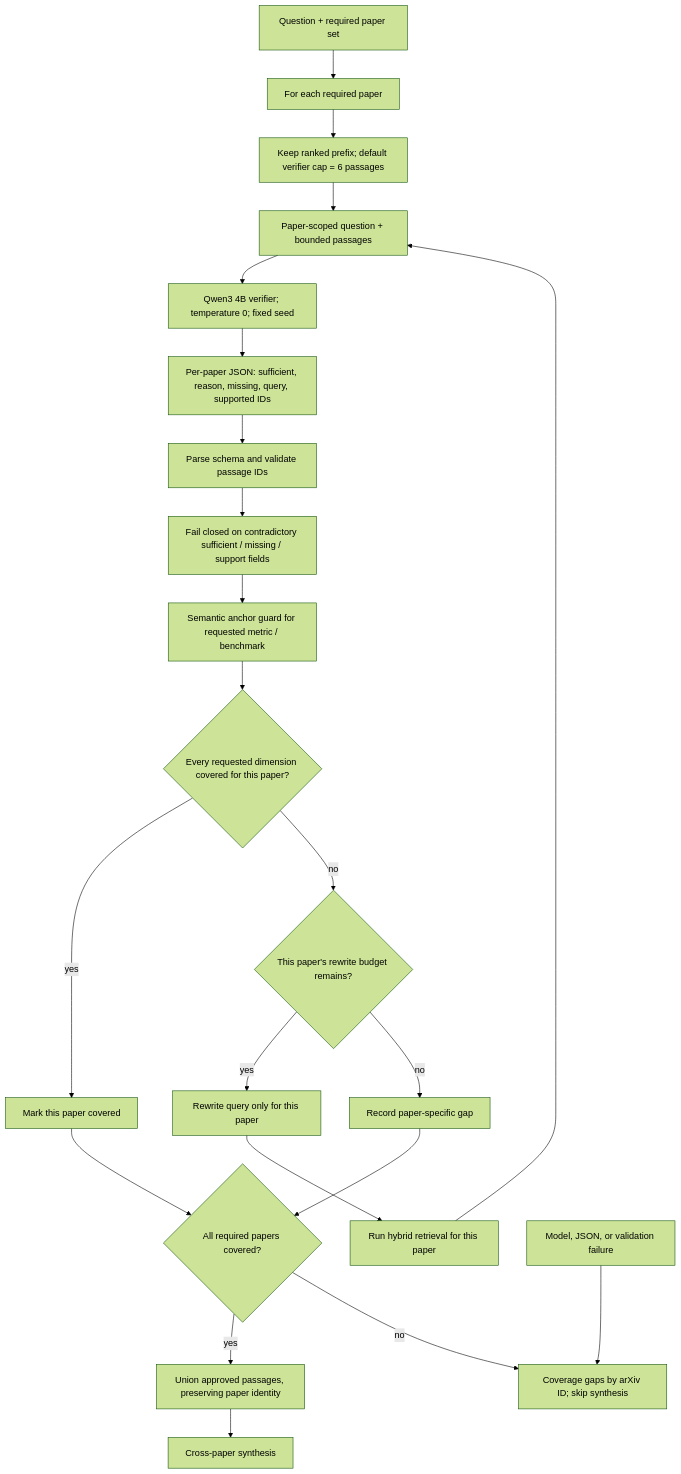
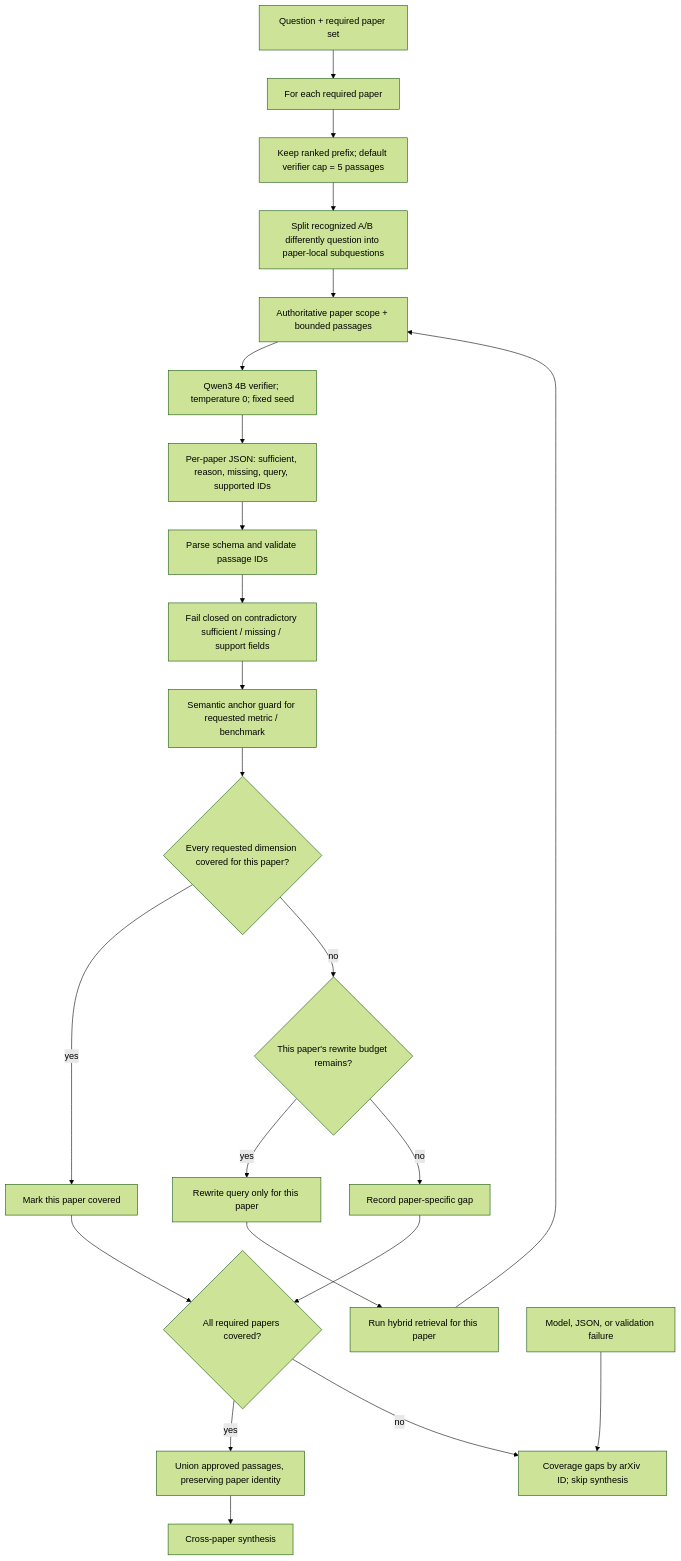
The seventh of 11 diagrams in docs/SYSTEM_VISUALIZATION.md (TQC0103/scientific-research-agent), drawn with Mermaid (forest theme) before and after one commit. The commit also changed other lines of this file and 16 other files, not shown here.

````diff
--- a/docs/SYSTEM_VISUALIZATION.md
+++ b/docs/SYSTEM_VISUALIZATION.md
@@ -175,27 +175,28 @@
 ```mermaid
 flowchart TD
     INPUT["Question + required paper set"] --> LOOP["For each required paper"]
-    LOOP --> CAP["Keep ranked prefix; default verifier cap = 6 passages"]
-    CAP --> SCOPE["Paper-scoped question + bounded passages"]
+    LOOP --> CAP["Keep ranked prefix; default verifier cap = 5 passages"]
+    CAP --> LOCAL["Split recognized A/B differently question into paper-local subquestions"]
+    LOCAL --> SCOPE["Authoritative paper scope + bounded passages"]
     SCOPE --> QWEN["Qwen3 4B verifier; temperature 0; fixed seed"]
     QWEN --> JSON["Per-paper JSON: sufficient, reason, missing, query, supported IDs"]
     JSON --> VALIDATE["Parse schema and validate passage IDs"]
     VALIDATE --> CONSISTENCY["Fail closed on contradictory sufficient / missing / support fields"]
     CONSISTENCY --> ANCHOR["Semantic anchor guard for requested metric / benchmark"]
     ANCHOR --> DIMENSIONS{"Every requested dimension covered for this paper?"}
 
     DIMENSIONS -->|"yes"| PAPER_OK["Mark this paper covered"]
     DIMENSIONS -->|"no"| RETRIES{"This paper's rewrite budget remains?"}
     RETRIES -->|"yes"| REWRITE["Rewrite query only for this paper"]
     REWRITE --> RETRIEVAL["Run hybrid retrieval for this paper"]
     RETRIEVAL --> SCOPE
     RETRIES -->|"no"| PAPER_GAP["Record paper-specific gap"]
 
     PAPER_OK --> AGGREGATE{"All required papers covered?"}
     PAPER_GAP --> AGGREGATE
     AGGREGATE -->|"yes"| FILTER["Union approved passages, preserving paper identity"]
     FILTER --> SYNTHESIS["Cross-paper synthesis"]
     AGGREGATE -->|"no"| STOP["Coverage gaps by arXiv ID; skip synthesis"]
 
     ERROR["Model, JSON, or validation failure"] --> STOP
 ```
````
